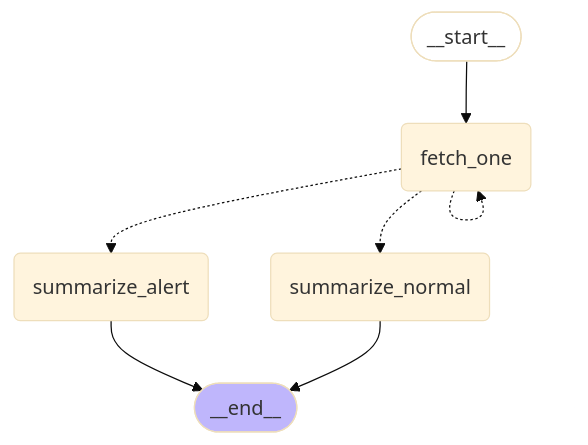
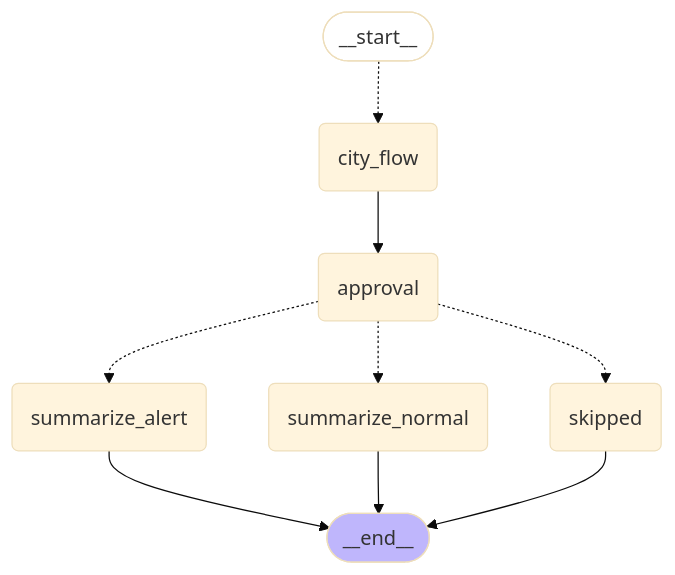
Before and after one commit to CodeCompose7/ai_service_engineering: the fourth of 4 diagrams in docs/section3/lec06/README.md, drawn with Mermaid (base theme). The commit also changed other lines of this file and 2 other files, not shown here.

````diff
--- a/docs/section3/lec06/README.md
+++ b/docs/section3/lec06/README.md
@@ -64,16 +138,20 @@
 ```mermaid
 graph TD;
   __start__([__start__]):::first
-  fetch_one(fetch_one)
+  city_flow(city_flow)
+  approval(approval)
   summarize_alert(summarize_alert)
   summarize_normal(summarize_normal)
+  skipped(skipped)
   __end__([__end__]):::last
-  __start__ --> fetch_one;
-  fetch_one -.-> summarize_alert;
-  fetch_one -.-> summarize_normal;
-  fetch_one -.-> fetch_one;
+  __start__ -.-> city_flow;
+  city_flow --> approval;
+  approval -.-> summarize_alert;
+  approval -.-> summarize_normal;
+  approval -.-> skipped;
   summarize_alert --> __end__;
   summarize_normal --> __end__;
+  skipped --> __end__;
   classDef first fill-opacity:0
   classDef last fill:#bfb6fc
 ```
````
